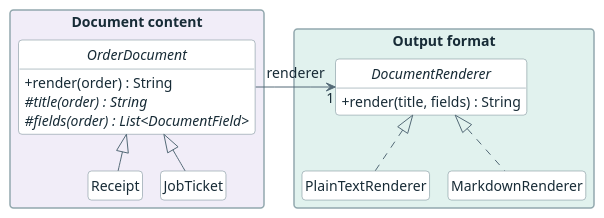
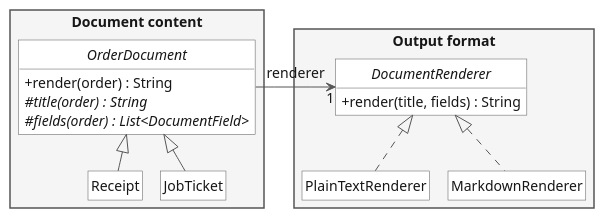
The diagram in docs/uml/document-bridge.puml (ChillyEz/SDP-FinalProject), drawn with PlantUML before and after one commit. The commit also changed 13 other files, not shown here.

Commit message:
Document application types with a complete monochrome class model

```diff
--- a/docs/uml/document-bridge.puml
+++ b/docs/uml/document-bridge.puml
@@ -1,41 +1,42 @@
 @startuml
 !pragma layout smetana
 skinparam backgroundColor #FFFFFF
 skinparam shadowing false
+skinparam monochrome true
 skinparam defaultFontName Arial
 skinparam defaultFontSize 14
-skinparam defaultFontColor #172B36
-skinparam arrowColor #536976
+skinparam defaultFontColor #161616
+skinparam arrowColor #555555
 skinparam classBackgroundColor #FFFFFF
-skinparam classBorderColor #69808A
+skinparam classBorderColor #555555
 skinparam classAttributeIconSize 0
 skinparam packageStyle rectangle
 skinparam packageFontStyle bold
-skinparam packageBorderColor #92A8AE
-skinparam roundCorner 7
+skinparam packageBorderColor #555555
+skinparam roundCorner 0
 hide circle
 hide empty members
 skinparam nodesep 26
 skinparam ranksep 26
-package "Document content" #F1EDF8 {
+package "Document content" #F5F5F5 {
     abstract class OrderDocument {
         +render(order) : String
         {abstract} #title(order) : String
         {abstract} #fields(order) : List<DocumentField>
     }
     class Receipt
     class JobTicket
     OrderDocument <|-- Receipt
     OrderDocument <|-- JobTicket
 }
-package "Output format" #E1F2EE {
+package "Output format" #F5F5F5 {
     interface DocumentRenderer {
         +render(title, fields) : String
     }
     class PlainTextRenderer
     class MarkdownRenderer
     DocumentRenderer <|.. PlainTextRenderer
     DocumentRenderer <|.. MarkdownRenderer
 }
 OrderDocument -right-> "1" DocumentRenderer : renderer
 @enduml
```
